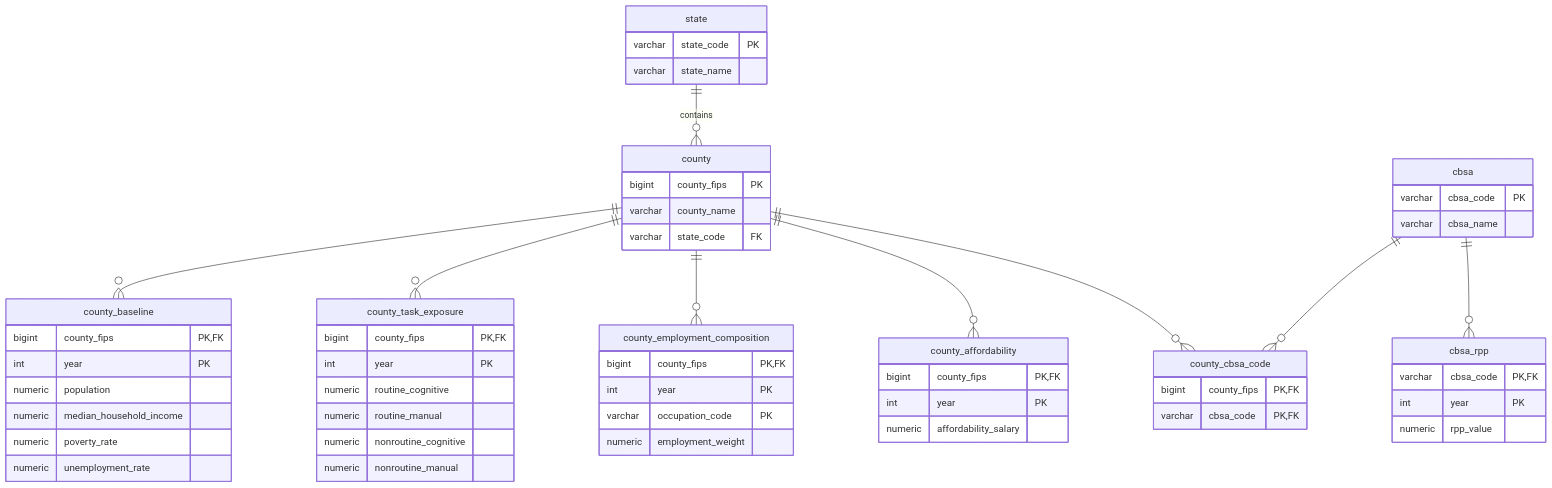
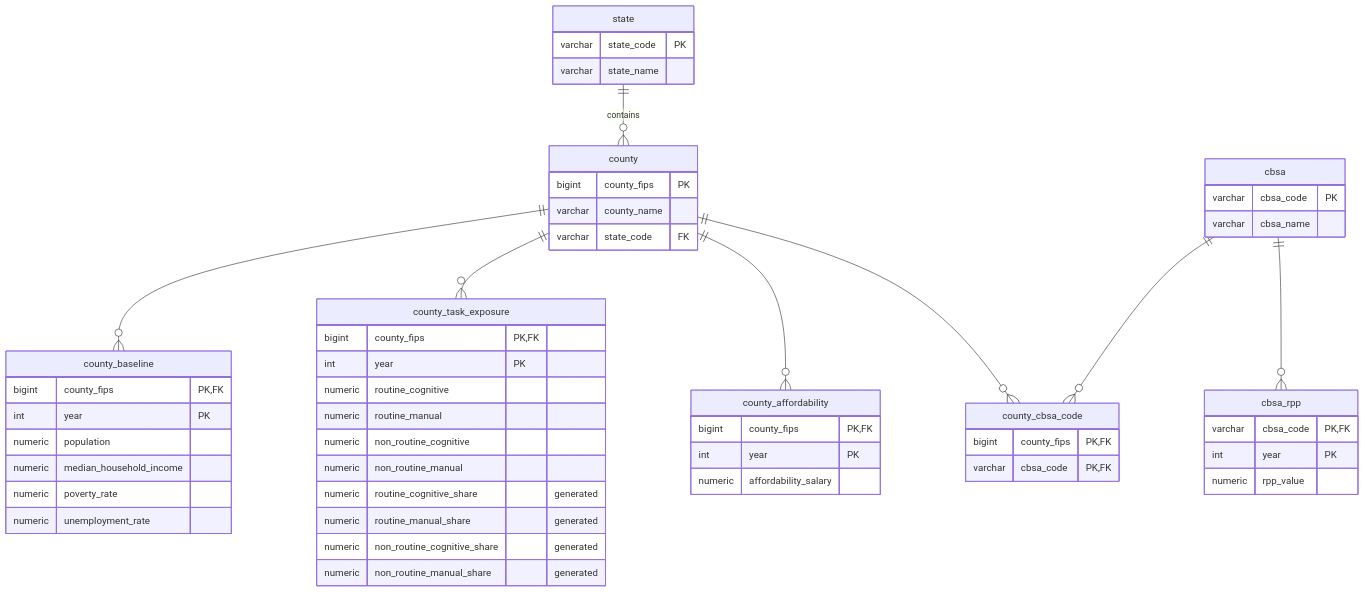
Before and after one commit to wu-msds-capstones/project-writeup-chris-and-julian: the diagram in _03_data.qmd, drawn with Mermaid. The commit also changed other lines of this file, not shown here.

````diff
--- a/_03_data.qmd
+++ b/_03_data.qmd
@@ -70,62 +65,59 @@
 ```{mermaid}
 %%| label: fig-erd
 %%| fig-cap: "Warehouse schema in third normal form"
 erDiagram
     state {
         varchar state_code PK
         varchar state_name
     }
     county {
         bigint county_fips PK
         varchar county_name
         varchar state_code FK
     }
     cbsa {
         varchar cbsa_code PK
         varchar cbsa_name
     }
     county_cbsa_code {
         bigint county_fips PK,FK
         varchar cbsa_code PK,FK
     }
     cbsa_rpp {
         varchar cbsa_code PK,FK
         int year PK
         numeric rpp_value
     }
     county_baseline {
         bigint county_fips PK,FK
         int year PK
         numeric population
         numeric median_household_income
         numeric poverty_rate
         numeric unemployment_rate
     }
     county_task_exposure {
         bigint county_fips PK,FK
         int year PK
         numeric routine_cognitive
         numeric routine_manual
-        numeric nonroutine_cognitive
-        numeric nonroutine_manual
-    }
-    county_employment_composition {
-        bigint county_fips PK,FK
-        int year PK
-        varchar occupation_code PK
-        numeric employment_weight
+        numeric non_routine_cognitive
+        numeric non_routine_manual
+        numeric routine_cognitive_share "generated"
+        numeric routine_manual_share "generated"
+        numeric non_routine_cognitive_share "generated"
+        numeric non_routine_manual_share "generated"
     }
     county_affordability {
         bigint county_fips PK,FK
         int year PK
         numeric affordability_salary
     }
     state ||--o{ county : contains
     county ||--o{ county_baseline : ""
     county ||--o{ county_task_exposure : ""
-    county ||--o{ county_employment_composition : ""
     county ||--o{ county_affordability : ""
     county ||--o{ county_cbsa_code : ""
     cbsa ||--o{ county_cbsa_code : ""
     cbsa ||--o{ cbsa_rpp : ""
 ```
````
